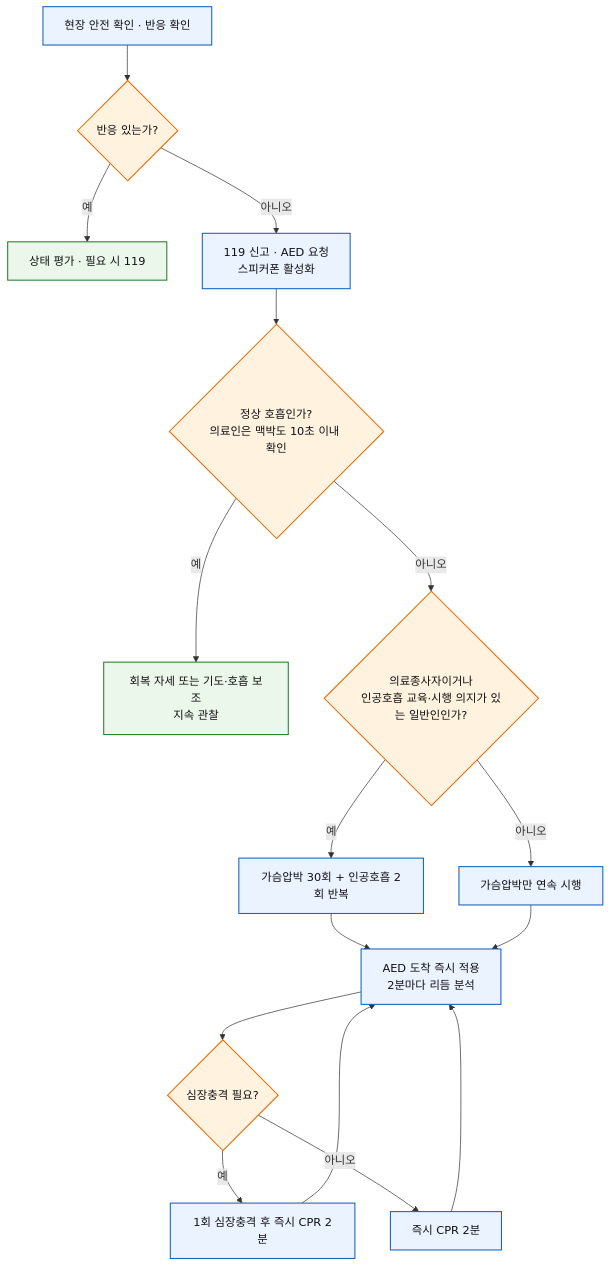
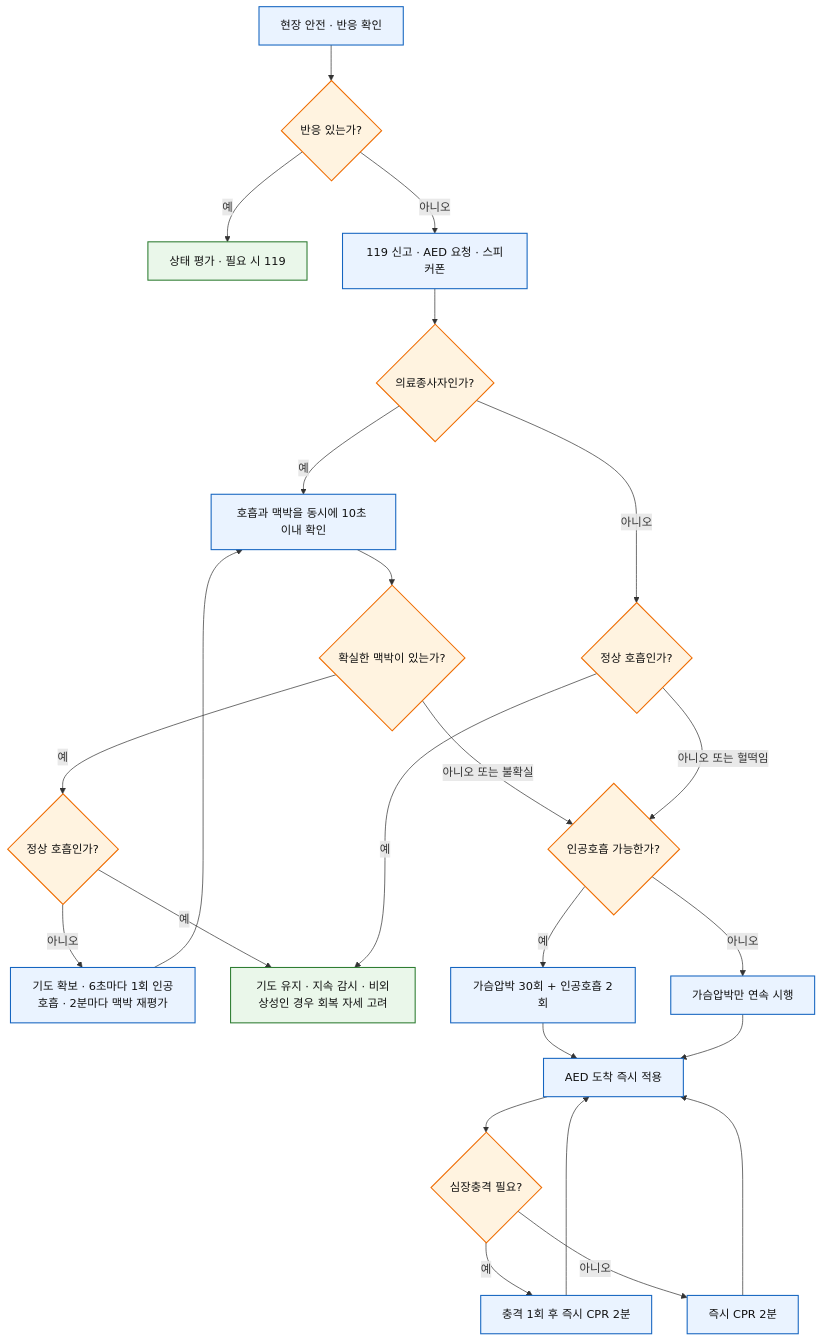
One commit to familyoh77/familyoh77 changed the first of 2 diagrams in 231_/211_1-cpr.md. Above: the diagram before and after it, drawn with Mermaid. The commit also changed other lines of this file and 5 other files, not shown here.

````diff
--- a/231_/211_1-cpr.md
+++ b/231_/211_1-cpr.md
@@ -69,25 +68,32 @@
 ```mermaid
 flowchart TD
-    A["현장 안전 확인 · 반응 확인"] --> B{"반응 있는가?"}
+    A["현장 안전 · 반응 확인"] --> B{"반응 있는가?"}
     B -->|예| C["상태 평가 · 필요 시 119"]
-    B -->|아니오| D["119 신고 · AED 요청<br/>스피커폰 활성화"]
-    D --> E{"정상 호흡인가?<br/>의료인은 맥박도 10초 이내 확인"}
-    E -->|예| F["회복 자세 또는 기도·호흡 보조<br/>지속 관찰"]
-    E -->|아니오| G{"의료종사자이거나<br/>인공호흡 교육·시행 의지가 있는 일반인인가?"}
-    G -->|예| G1["가슴압박 30회 + 인공호흡 2회 반복"]
+    B -->|아니오| D["119 신고 · AED 요청 · 스피커폰"]
+    D --> E{"의료종사자인가?"}
+    E -->|예| M["호흡과 맥박을 동시에 10초 이내 확인"]
+    M --> P{"확실한 맥박이 있는가?"}
+    P -->|아니오 또는 불확실| G{"인공호흡 가능한가?"}
+    P -->|예| R{"정상 호흡인가?"}
+    R -->|아니오| V["기도 확보 · 6초마다 1회 인공호흡 · 2분마다 맥박 재평가"]
+    V --> M
+    R -->|예| F["기도 유지 · 지속 감시 · 비외상성인 경우 회복 자세 고려"]
+    E -->|아니오| N{"정상 호흡인가?"}
+    N -->|예| F
+    N -->|아니오 또는 헐떡임| G
+    G -->|예| G1["가슴압박 30회 + 인공호흡 2회"]
     G -->|아니오| G2["가슴압박만 연속 시행"]
-    G1 --> H["AED 도착 즉시 적용<br/>2분마다 리듬 분석"]
+    G1 --> H["AED 도착 즉시 적용"]
     G2 --> H
     H --> I{"심장충격 필요?"}
-    I -->|예| J["1회 심장충격 후 즉시 CPR 2분"]
+    I -->|예| J["충격 1회 후 즉시 CPR 2분"]
     I -->|아니오| K["즉시 CPR 2분"]
     J --> H
     K --> H
-    classDef danger fill:#FDECEC,stroke:#C62828,color:#111,stroke-width:2px;
     classDef action fill:#EAF3FF,stroke:#1565C0,color:#111,stroke-width:1.5px;
     classDef decision fill:#FFF3E0,stroke:#EF6C00,color:#111,stroke-width:1.5px;
     classDef disposition fill:#EAF7EA,stroke:#2E7D32,color:#111,stroke-width:1.5px;
-    class A,D,G1,G2,H,J,K action;
-    class B,E,G,I decision;
+    class A,D,M,V,G1,G2,H,J,K action;
+    class B,E,P,R,N,G,I decision;
     class C,F disposition;
 ```
````
